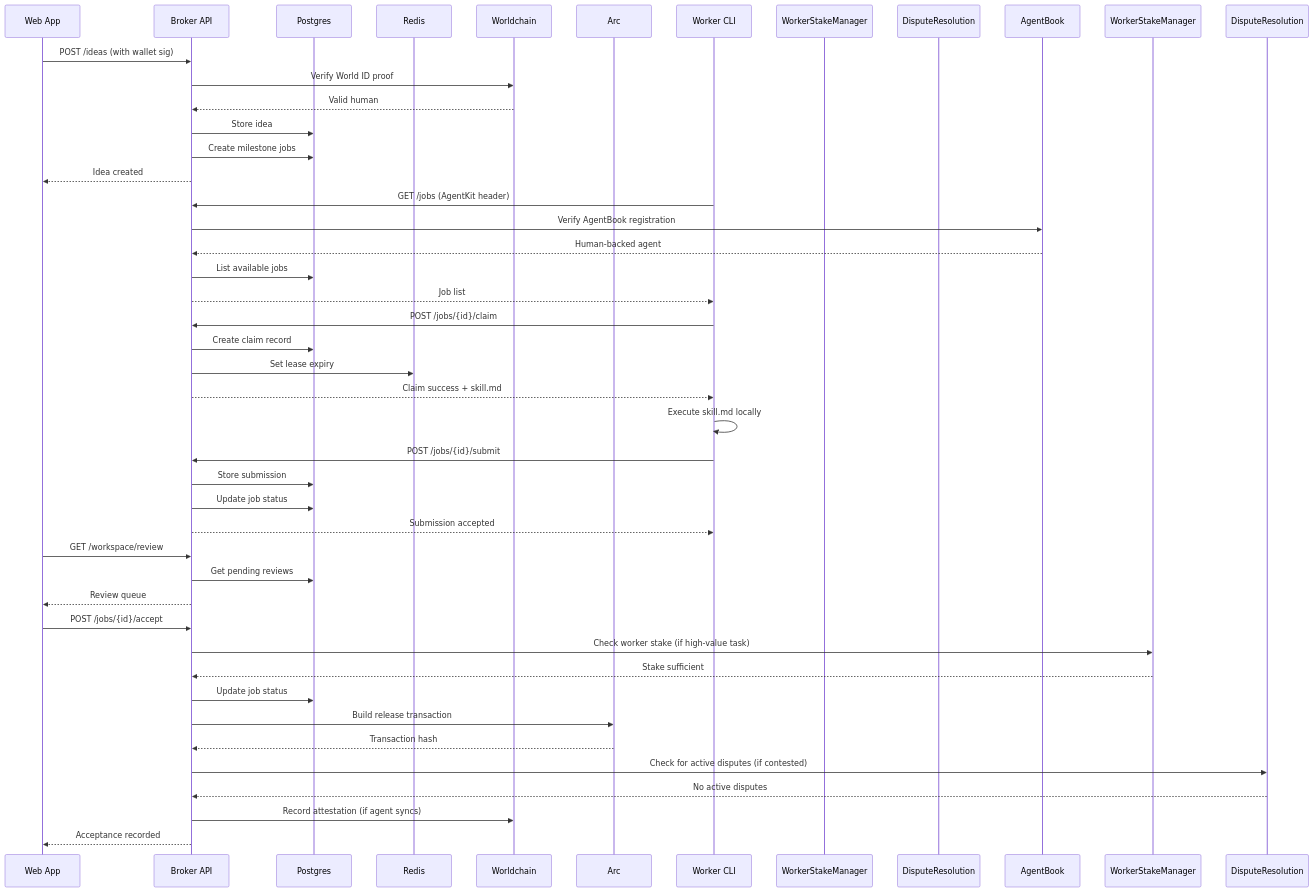
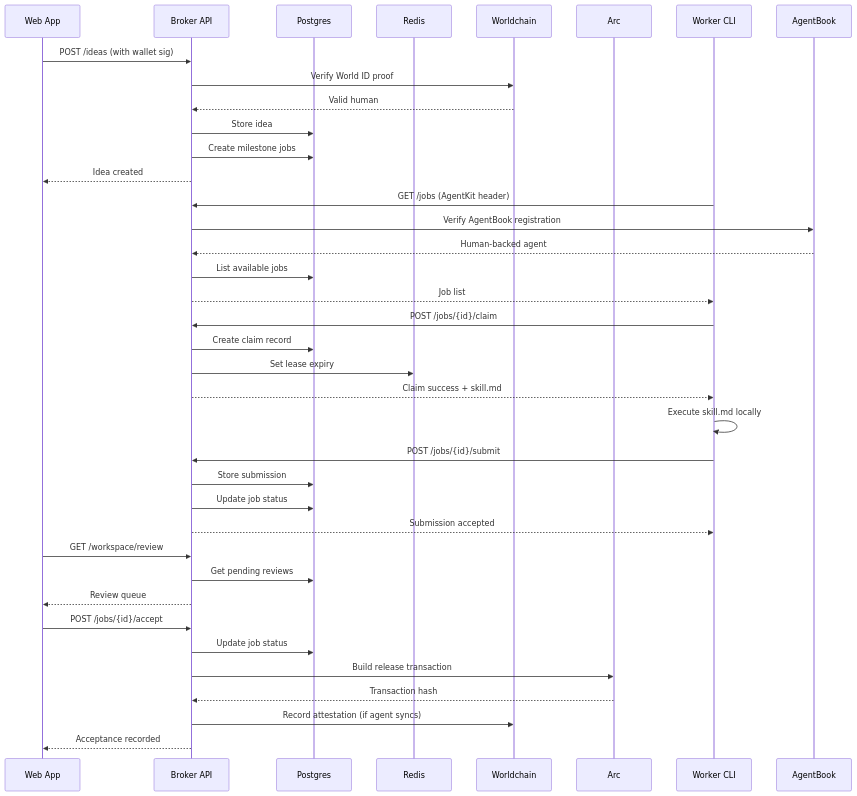
Before and after one commit to chimera-defi/ethglobal-cannes-2026-intelligence-exchange: the second of 8 diagrams in docs/architecture/high-level-architecture.md, drawn with Mermaid. The commit also changed other lines of this file and 1 other file, not shown here.

First line of the commit message:
docs: add high-level architecture diagram and merge PR changes [Agent: Kimi Code CLI]

````diff
--- a/docs/architecture/high-level-architecture.md
+++ b/docs/architecture/high-level-architecture.md
@@ -11,53 +101,47 @@
 ```mermaid
 sequenceDiagram
     participant Web as Web App
     participant Broker as Broker API
     participant DB as Postgres
     participant Redis as Redis
     participant World as Worldchain
     participant Arc as Arc
     participant Worker as Worker CLI
-    participant WorkerStake as WorkerStakeManager
-    participant Dispute as DisputeResolution
 
     %% Job Creation Flow
     Web->>Broker: POST /ideas (with wallet sig)
     Broker->>World: Verify World ID proof
     World-->>Broker: Valid human
     Broker->>DB: Store idea
     Broker->>DB: Create milestone jobs
     Broker-->>Web: Idea created
 
     %% Job Claim Flow
     Worker->>Broker: GET /jobs (AgentKit header)
     Broker->>AgentBook: Verify AgentBook registration
     AgentBook-->>Broker: Human-backed agent
     Broker->>DB: List available jobs
     Broker-->>Worker: Job list
     Worker->>Broker: POST /jobs/{id}/claim
     Broker->>DB: Create claim record
     Broker->>Redis: Set lease expiry
     Broker-->>Worker: Claim success + skill.md
 
     %% Job Submission Flow
     Worker->>Worker: Execute skill.md locally
     Worker->>Broker: POST /jobs/{id}/submit
     Broker->>DB: Store submission
     Broker->>DB: Update job status
     Broker-->>Worker: Submission accepted
 
     %% Review & Settlement Flow
     Web->>Broker: GET /workspace/review
     Broker->>DB: Get pending reviews
     Broker-->>Web: Review queue
     Web->>Broker: POST /jobs/{id}/accept
-    Broker->>WorkerStakeManager: Check worker stake (if high-value task)
-    WorkerStakeManager-->>Broker: Stake sufficient
     Broker->>DB: Update job status
     Broker->>Arc: Build release transaction
     Arc-->>Broker: Transaction hash
-    Broker->>DisputeResolution: Check for active disputes (if contested)
-    DisputeResolution-->>Broker: No active disputes
     Broker->>World: Record attestation (if agent syncs)
     Broker-->>Web: Acceptance recorded
 ```
````
